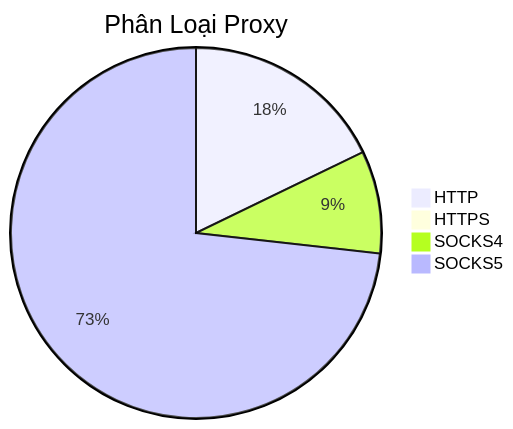
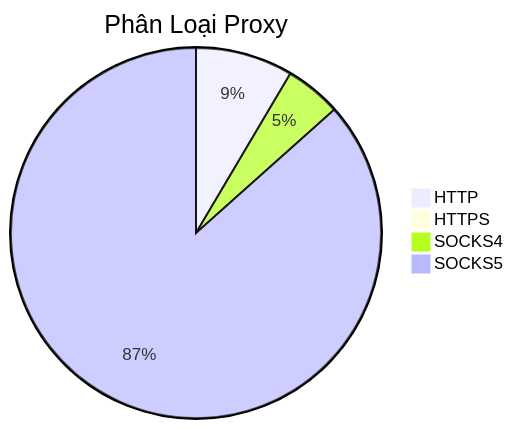
The diagram in README.md (Ciara-Aa/PROXY-free), drawn with Mermaid before and after one commit. The commit also changed other lines of this file and 4 other files, not shown here.

````diff
--- a/README.md
+++ b/README.md
@@ -26,7 +26,7 @@
 ```mermaid
 pie title Phân Loại Proxy
-    "HTTP" : 497
-    "HTTPS" : 0
-    "SOCKS4" : 250
-    "SOCKS5" : 2043
+    "HTTP" : 441
+    "HTTPS" : 2
+    "SOCKS4" : 254
+    "SOCKS5" : 4491
 ```
````
